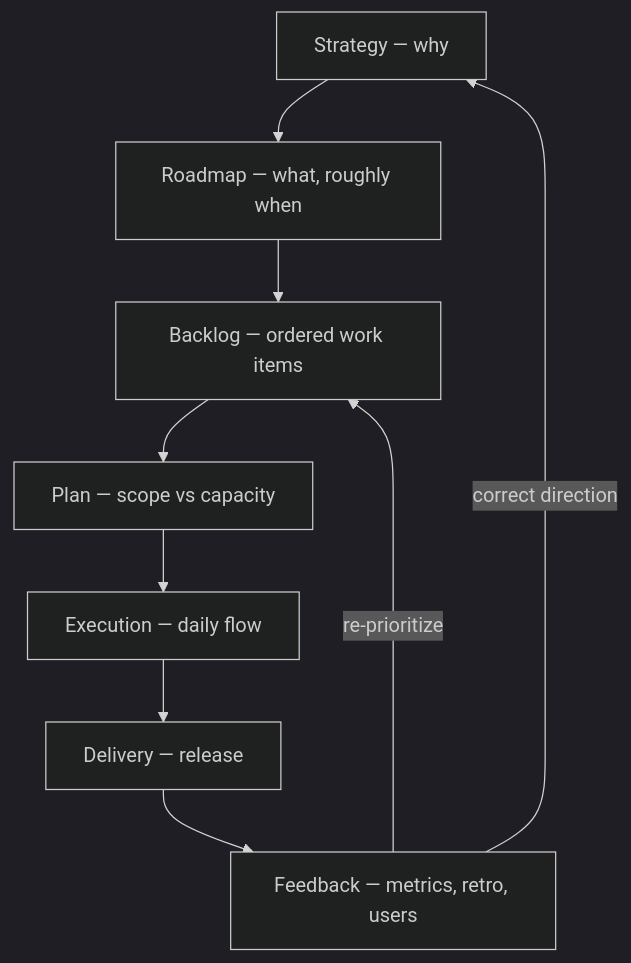
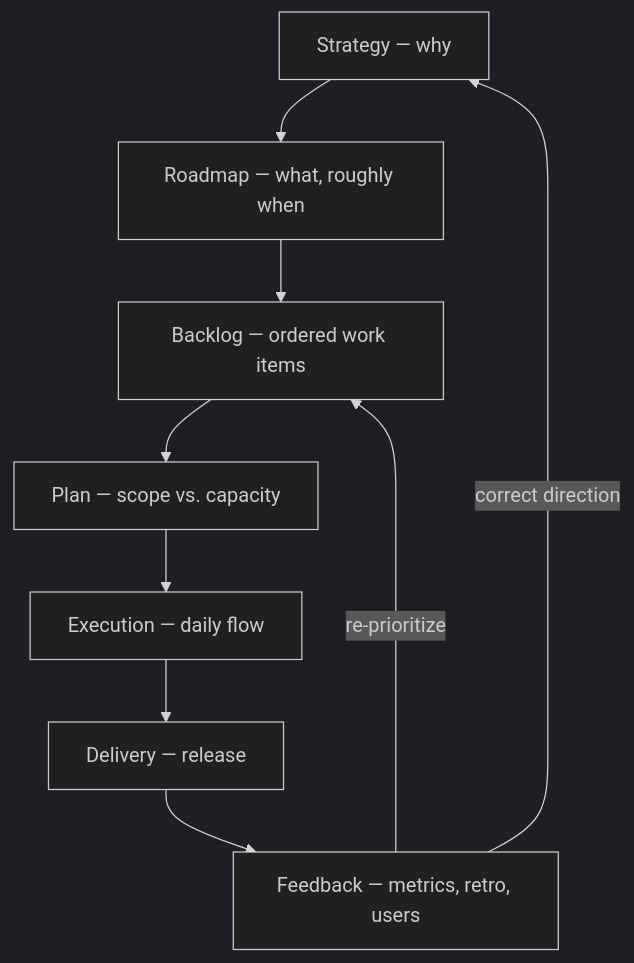
The first of 2 diagrams in docs/10-management/01-delivery-management.md (arrmagazin/engx), drawn with Mermaid (dark theme) before and after one commit. The commit also changed other lines of this file, not shown here.

````diff
--- a/docs/10-management/01-delivery-management.md
+++ b/docs/10-management/01-delivery-management.md
@@ -96,13 +42,13 @@
 ```mermaid
 graph TD
     S["Strategy — why"]
     R["Roadmap — what, roughly when"]
     B["Backlog — ordered work items"]
-    P["Plan — scope vs capacity"]
+    P["Plan — scope vs. capacity"]
     E["Execution — daily flow"]
     D["Delivery — release"]
     F["Feedback — metrics, retro, users"]
     S --> R --> B --> P --> E --> D --> F
     F -->|"re-prioritize"| B
     F -->|"correct direction"| S
 ```
````
